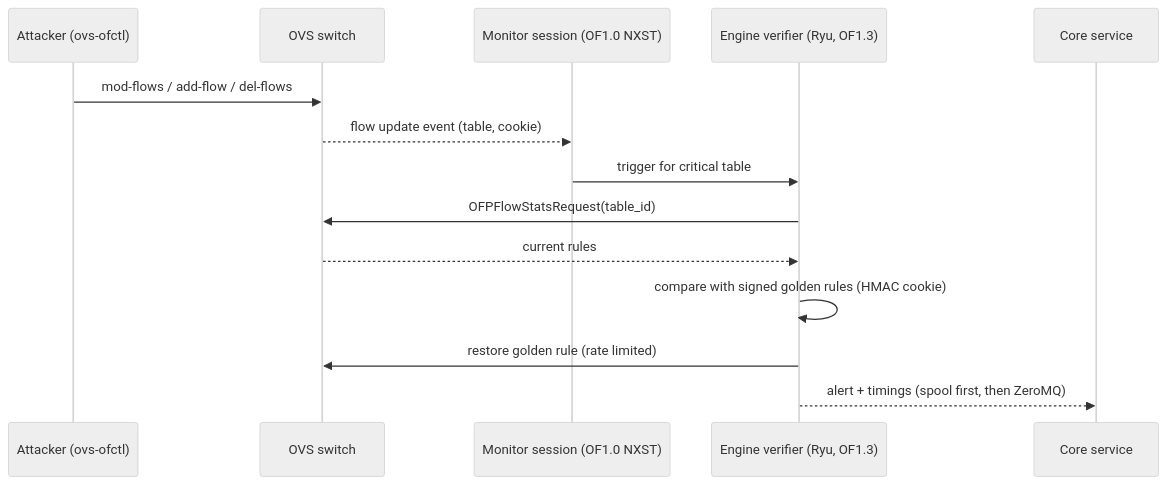
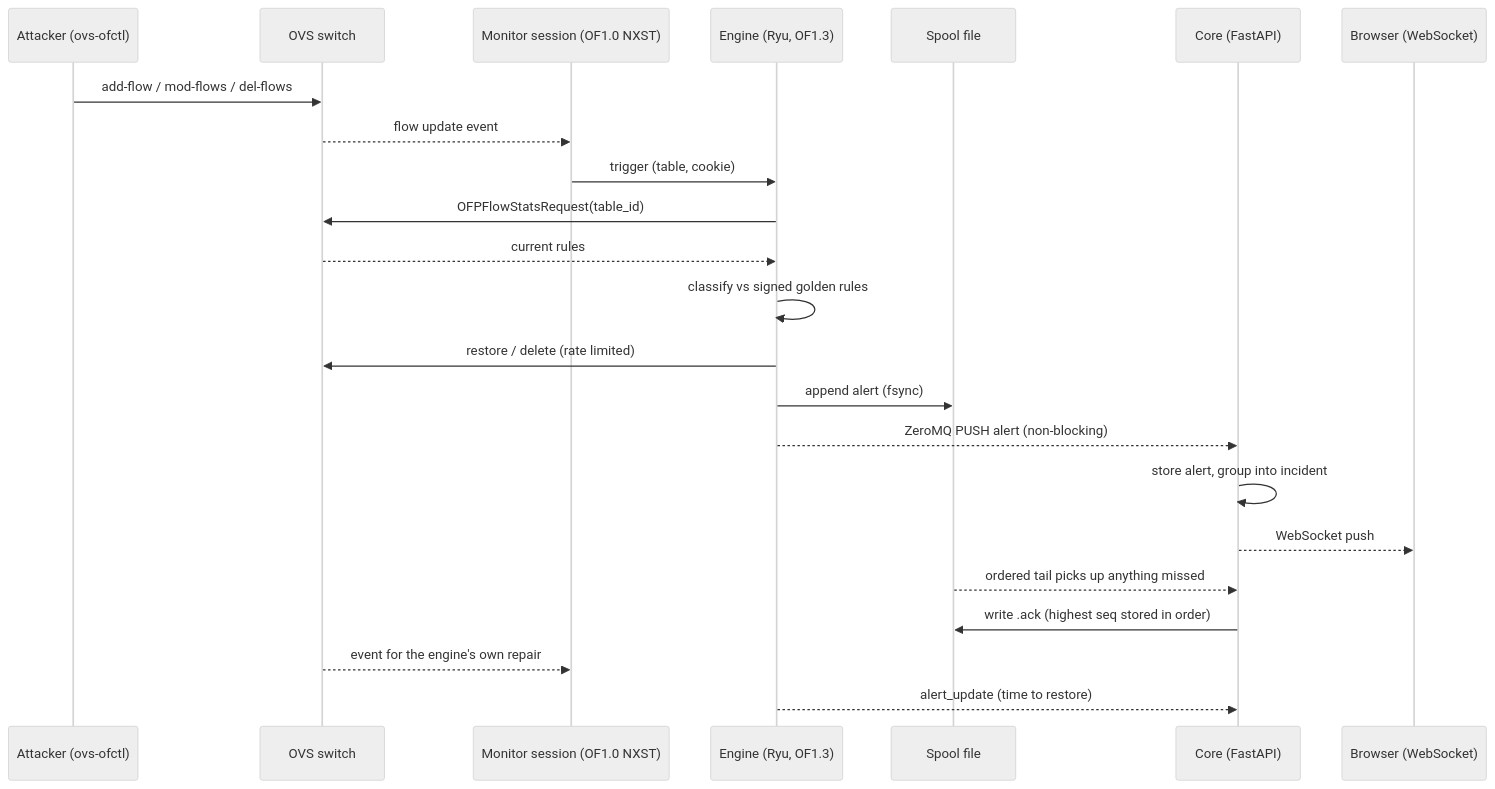
One commit to RKG765/flowguard changed the second of 6 diagrams in ARCHITECTURE.md. Above: the diagram before and after it, drawn with Mermaid (neutral theme). The commit also changed other lines of this file and 50 other files, not shown here.

First line of the commit message:
Phase 2: core service (API, storage, auth, audit) fed live by the engine

````diff
--- a/ARCHITECTURE.md
+++ b/ARCHITECTURE.md
@@ -55,16 +75,25 @@
 ```mermaid
 sequenceDiagram
   participant A as Attacker (ovs-ofctl)
   participant S as OVS switch
   participant M as Monitor session (OF1.0 NXST)
-  participant E as Engine verifier (Ryu, OF1.3)
-  participant C as Core service
-  A->>S: mod-flows / add-flow / del-flows
-  S-->>M: flow update event (table, cookie)
-  M->>E: trigger for critical table
+  participant E as Engine (Ryu, OF1.3)
+  participant P as Spool file
+  participant C as Core (FastAPI)
+  participant W as Browser (WebSocket)
+  A->>S: add-flow / mod-flows / del-flows
+  S-->>M: flow update event
+  M->>E: trigger (table, cookie)
   E->>S: OFPFlowStatsRequest(table_id)
   S-->>E: current rules
-  E->>E: compare with signed golden rules (HMAC cookie)
-  E->>S: restore golden rule (rate limited)
-  E-->>C: alert + timings (spool first, then ZeroMQ)
+  E->>E: classify vs signed golden rules
+  E->>S: restore / delete (rate limited)
+  E->>P: append alert (fsync)
+  E-->>C: ZeroMQ PUSH alert (non-blocking)
+  C->>C: store alert, group into incident
+  C-->>W: WebSocket push
+  P-->>C: ordered tail picks up anything missed
+  C->>P: write .ack (highest seq stored in order)
+  S-->>M: event for the engine's own repair
+  E-->>C: alert_update (time to restore)
 ```
````
